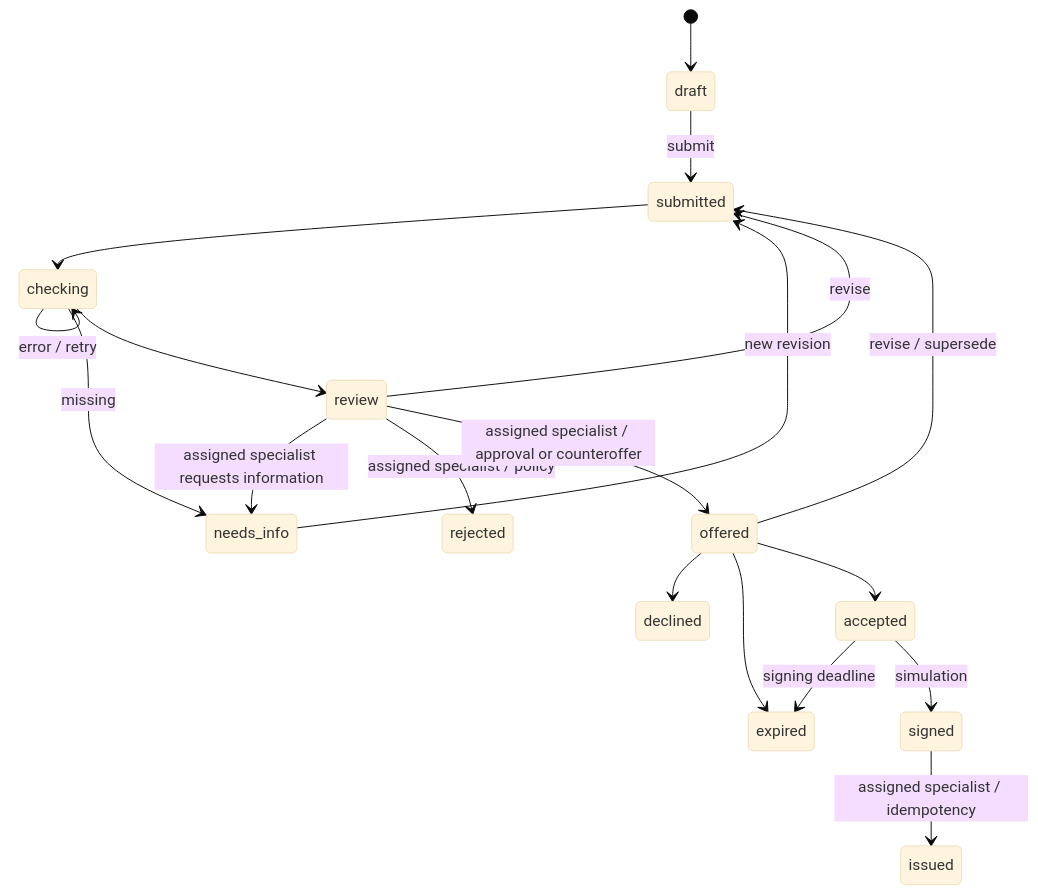
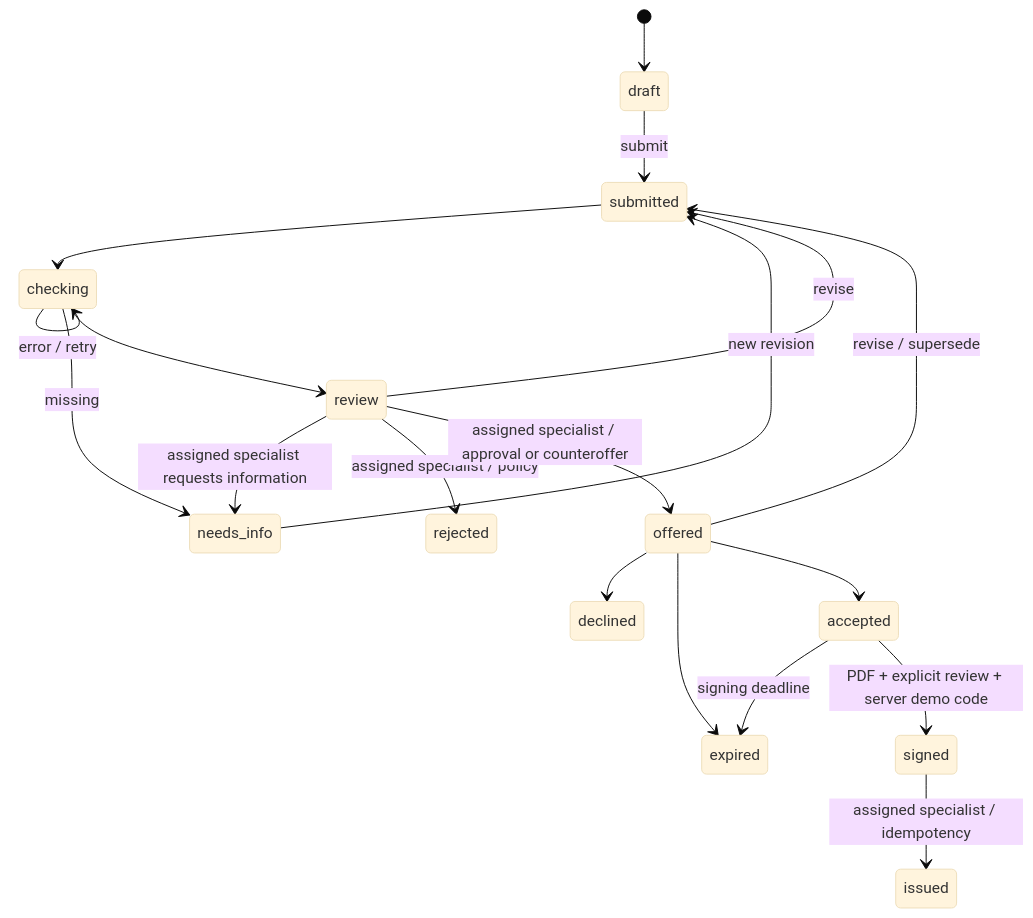
Before and after one commit to unish333ld/AlphaFutureHackathon2026: the first of 2 diagrams in docs/architecture.md, drawn with Mermaid (base theme). The commit also changed other lines of this file and 82 other files, not shown here.

````diff
--- a/docs/architecture.md
+++ b/docs/architecture.md
@@ -7,21 +9,21 @@
 ```mermaid
 stateDiagram-v2
     [*] --> draft
     draft --> submitted : submit
     submitted --> checking
     checking --> checking : error / retry
     checking --> needs_info : missing
     checking --> review
     review --> needs_info : assigned specialist requests information
     needs_info --> submitted : new revision
     review --> submitted : revise
     review --> rejected : assigned specialist / policy
     review --> offered : assigned specialist / approval or counteroffer
     offered --> submitted : revise / supersede
     offered --> declined
     offered --> expired
     offered --> accepted
     accepted --> expired : signing deadline
-    accepted --> signed : simulation
+    accepted --> signed : PDF + explicit review + server demo code
     signed --> issued : assigned specialist / idempotency
 ```
````
